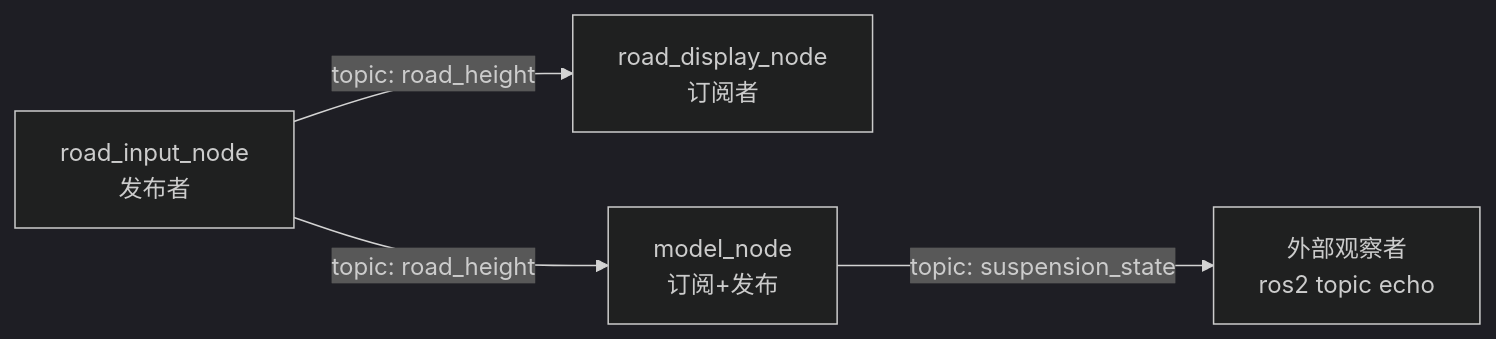
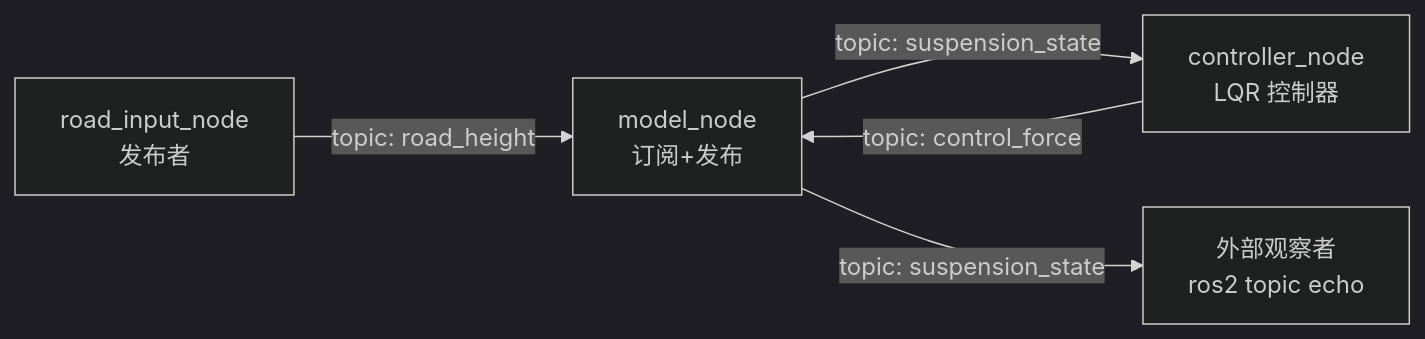
Before and after one commit to lilctrbl/ros2cplus_suspension_sim: the diagram in RUNNING.md, drawn with Mermaid (dark theme). The commit also changed other lines of this file and 11 other files, not shown here.

First line of the commit message:
feat: add LQR active suspension control (v2.1)

````diff
--- a/RUNNING.md
+++ b/RUNNING.md
@@ -28,6 +32,7 @@
 ```mermaid
 graph LR
-    A[road_input_node<br/>发布者] -->|topic: road_height| B[road_display_node<br/>订阅者]
-    A -->|topic: road_height| C[model_node<br/>订阅+发布]
-    C -->|topic: suspension_state| D[外部观察者<br/>ros2 topic echo]
+    A[road_input_node<br/>发布者] -->|topic: road_height| C[model_node<br/>订阅+发布]
+    C -->|topic: suspension_state| D[controller_node<br/>LQR 控制器]
+    D -->|topic: control_force| C
+    C -->|topic: suspension_state| E[外部观察者<br/>ros2 topic echo]
 ```
````
